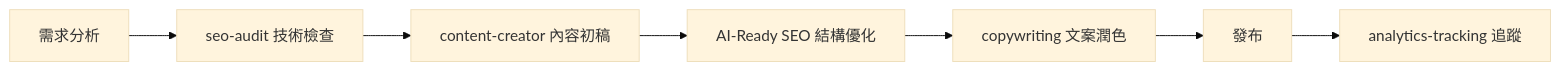
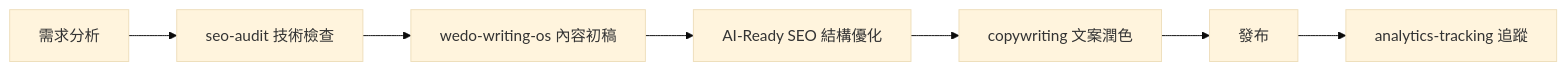
One commit to hjuming/skills changed the second of 4 diagrams in skills/ai-citation-engineering/docs/AI_READY_SEO_PLANNING.md. Above: the diagram before and after it, drawn with Mermaid (base theme). The commit also changed other lines of this file and 68 other files, not shown here.

````diff
--- a/skills/ai-citation-engineering/docs/AI_READY_SEO_PLANNING.md
+++ b/skills/ai-citation-engineering/docs/AI_READY_SEO_PLANNING.md
@@ -3174,9 +3174,9 @@
 ```mermaid
 graph LR
     A[需求分析] --> B[seo-audit 技術檢查]
-    B --> C[content-creator 內容初稿]
+    B --> C[wedo-writing-os 內容初稿]
     C --> D[AI-Ready SEO 結構優化]
     D --> E[copywriting 文案潤色]
     E --> F[發布]
     F --> G[analytics-tracking 追蹤]
 ```
````
